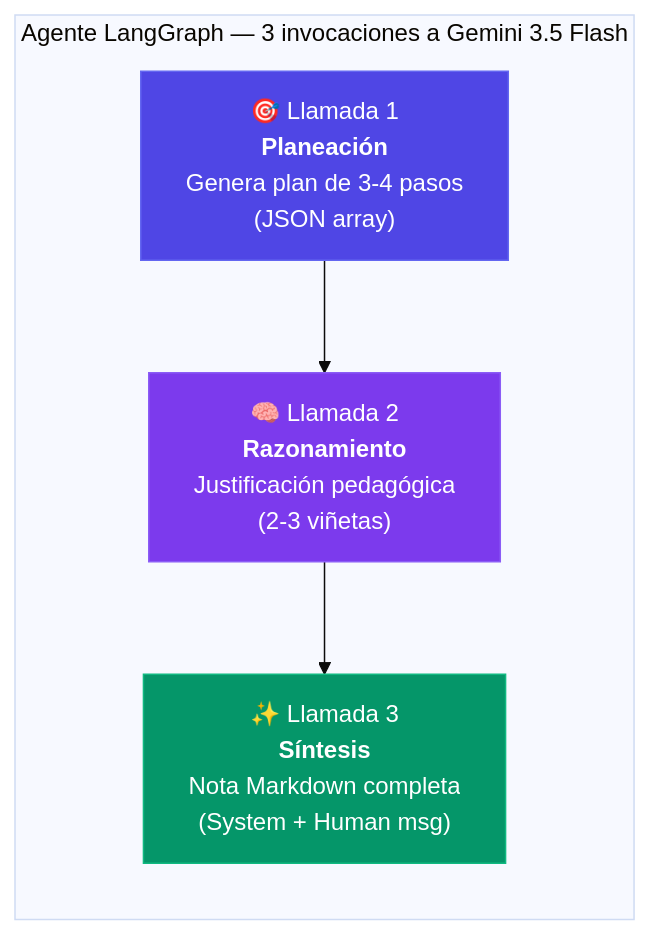
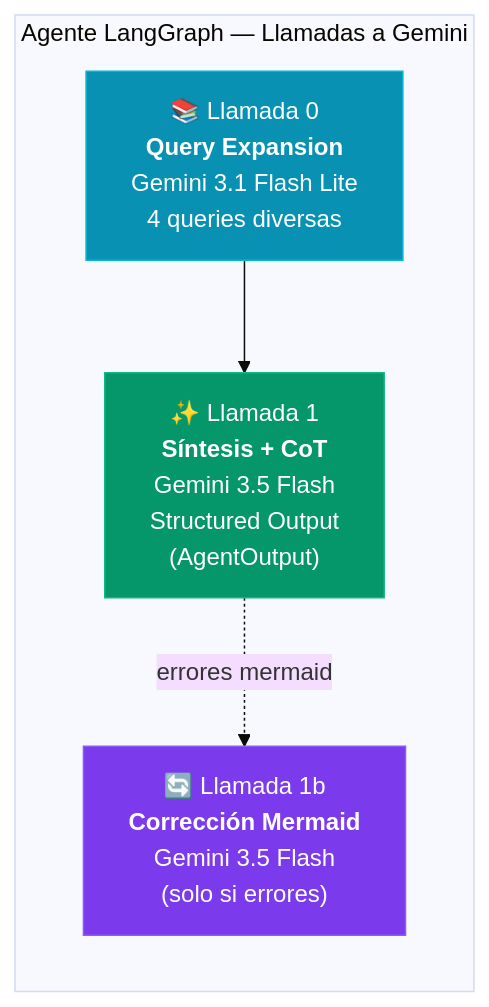
One commit to JamesKristofUbiarco/Concat-notes changed the seventh of 9 diagrams in docs/agent-architecture.md. Above: the diagram before and after it, drawn with Mermaid (base theme). The commit also changed other lines of this file and 27 other files, not shown here.

````diff
--- a/docs/agent-architecture.md
+++ b/docs/agent-architecture.md
@@ -238,14 +272,15 @@
 ```mermaid
 graph LR
-    subgraph "Agente LangGraph — 3 invocaciones a Gemini 3.5 Flash"
-        L1["🎯 Llamada 1<br/><b>Planeación</b><br/>Genera plan de 3-4 pasos<br/>(JSON array)"]
-        L2["🧠 Llamada 2<br/><b>Razonamiento</b><br/>Justificación pedagógica<br/>(2-3 viñetas)"]
-        L3["✨ Llamada 3<br/><b>Síntesis</b><br/>Nota Markdown completa<br/>(System + Human msg)"]
+    subgraph "Agente LangGraph — Llamadas a Gemini"
+        L0["📚 Llamada 0<br/><b>Query Expansion</b><br/>Gemini 3.1 Flash Lite<br/>4 queries diversas"]
+        L1["✨ Llamada 1<br/><b>Síntesis + CoT</b><br/>Gemini 3.5 Flash<br/>Structured Output<br/>(AgentOutput)"]
+        L1R["🔄 Llamada 1b<br/><b>Corrección Mermaid</b><br/>Gemini 3.5 Flash<br/>(solo si errores)"]
     end
 
-    L1 --> L2 --> L3
+    L0 --> L1
+    L1 -.->|"errores mermaid"| L1R
 
-    style L1 fill:#4f46e5,stroke:#6366f1,color:#fff
-    style L2 fill:#7c3aed,stroke:#8b5cf6,color:#fff
-    style L3 fill:#059669,stroke:#10b981,color:#fff
+    style L0 fill:#0891b2,stroke:#06b6d4,color:#fff
+    style L1 fill:#059669,stroke:#10b981,color:#fff
+    style L1R fill:#7c3aed,stroke:#8b5cf6,color:#fff
 ```
````
